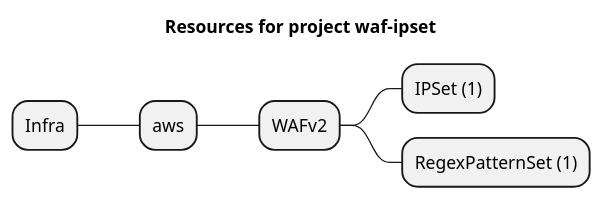
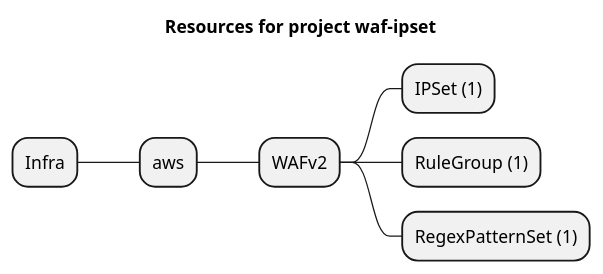
Before and after one commit to grucloud/grucloud: the diagram in examples/aws/WAFv2/waf-ipset/artifacts/resources-mindmap.puml, drawn with PlantUML. The commit also changed 6 other files, not shown here.

Commit message:
WAFV2RuleGroup

```diff
--- a/examples/aws/WAFv2/waf-ipset/artifacts/resources-mindmap.puml
+++ b/examples/aws/WAFv2/waf-ipset/artifacts/resources-mindmap.puml
@@ -1,9 +1,10 @@
 @startmindmap
 title Resources for project waf-ipset
 skinparam monochrome true
 + Infra
 ++ aws
 +++ WAFv2
 ++++ IPSet (1)
+++++ RuleGroup (1)
 ++++ RegexPatternSet (1)
 @endmindmap
```
